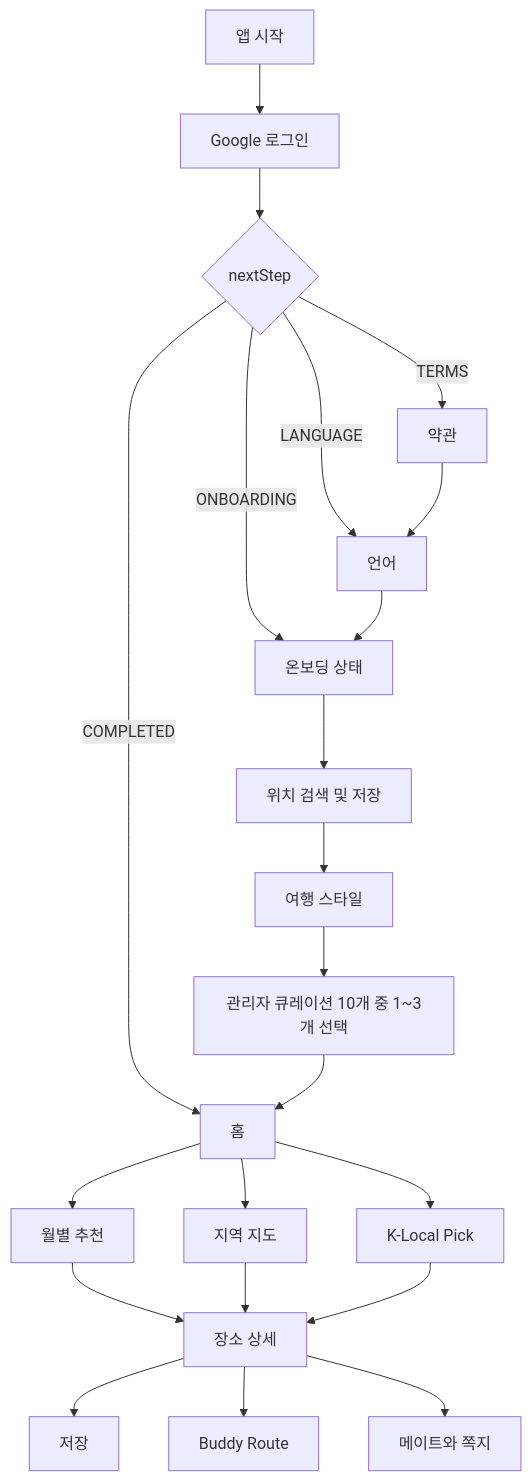
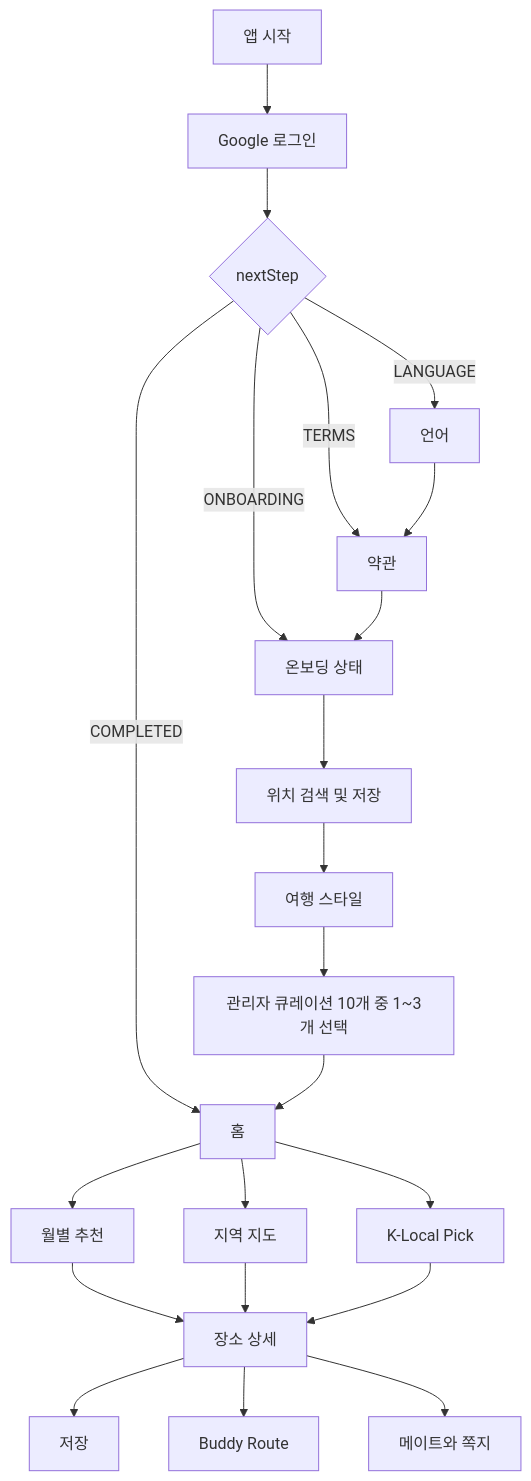
The first of 4 diagrams in docs/koready-backend-design/10_FRONTEND_API_FLOW_GUIDE.md (ppp1969/koready-backend), drawn with Mermaid before and after one commit. The commit also changed other lines of this file and 17 other files, not shown here.

````diff
--- a/docs/koready-backend-design/10_FRONTEND_API_FLOW_GUIDE.md
+++ b/docs/koready-backend-design/10_FRONTEND_API_FLOW_GUIDE.md
@@ -158,24 +158,24 @@
 ```mermaid
 flowchart TD
     A[앱 시작] --> B[Google 로그인]
     B --> C{nextStep}
     C -->|TERMS| D[약관]
     C -->|LANGUAGE| E[언어]
     C -->|ONBOARDING| F[온보딩 상태]
     C -->|COMPLETED| K[홈]
-    D --> E
-    E --> F
+    E --> D
+    D --> F
     F --> H[위치 검색 및 저장]
     H --> I[여행 스타일]
     I --> J[관리자 큐레이션 10개 중 1~3개 선택]
     J --> K
     K --> L[월별 추천]
     K --> M[지역 지도]
     K --> N[K-Local Pick]
     L --> O[장소 상세]
     M --> O
     N --> O
     O --> P[저장]
     O --> Q[Buddy Route]
     O --> R[메이트와 쪽지]
 ```
````
